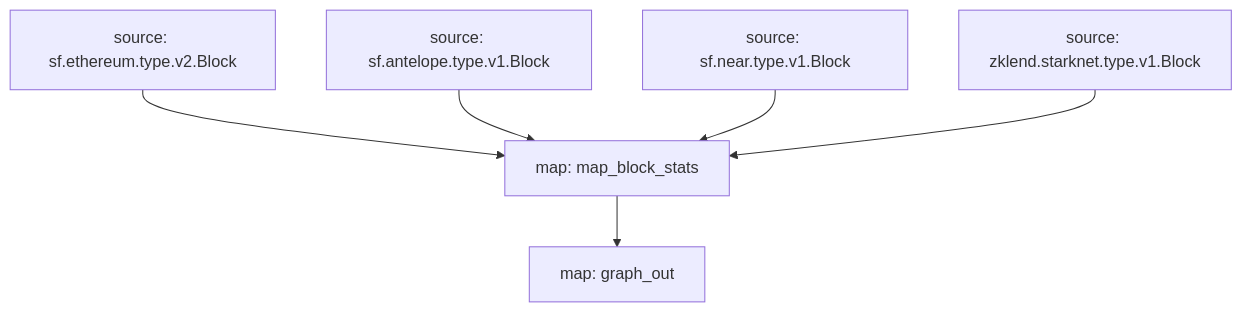
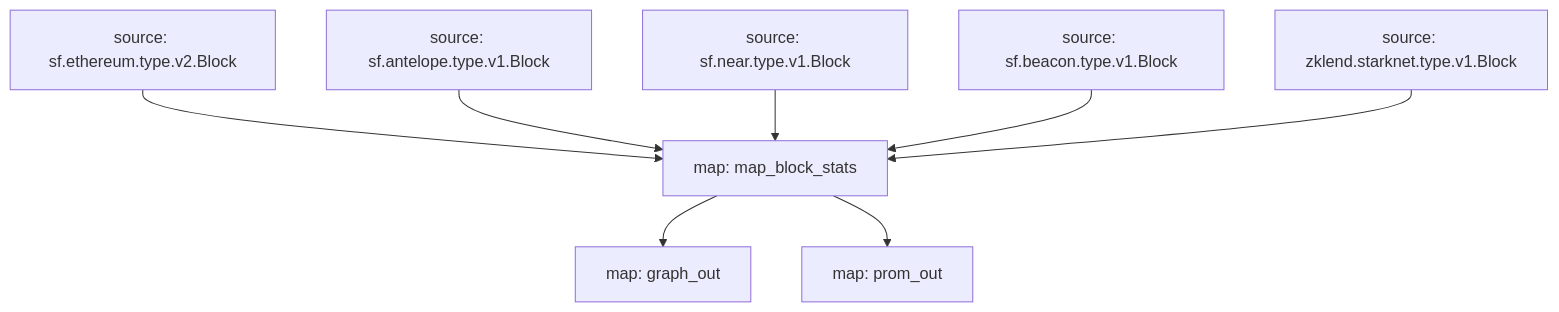
One commit to pinax-network/subtivity-substreams changed the diagram in README.md. Above: the diagram before and after it, drawn with Mermaid. The commit also changed other lines of this file and 9 other files, not shown here.

Commit message:
add prom_out map module

````diff
--- a/README.md
+++ b/README.md
@@ -60,10 +60,13 @@
 ```mermaid
 graph TD;
   map_block_stats[map: map_block_stats]
   sf.ethereum.type.v2.Block[source: sf.ethereum.type.v2.Block] --> map_block_stats
   sf.antelope.type.v1.Block[source: sf.antelope.type.v1.Block] --> map_block_stats
   sf.near.type.v1.Block[source: sf.near.type.v1.Block] --> map_block_stats
+  sf.beacon.type.v1.Block[source: sf.beacon.type.v1.Block] --> map_block_stats
   zklend.starknet.type.v1.Block[source: zklend.starknet.type.v1.Block] --> map_block_stats
   graph_out[map: graph_out]
   map_block_stats --> graph_out
+  prom_out[map: prom_out]
+  map_block_stats --> prom_out
 ```
````
